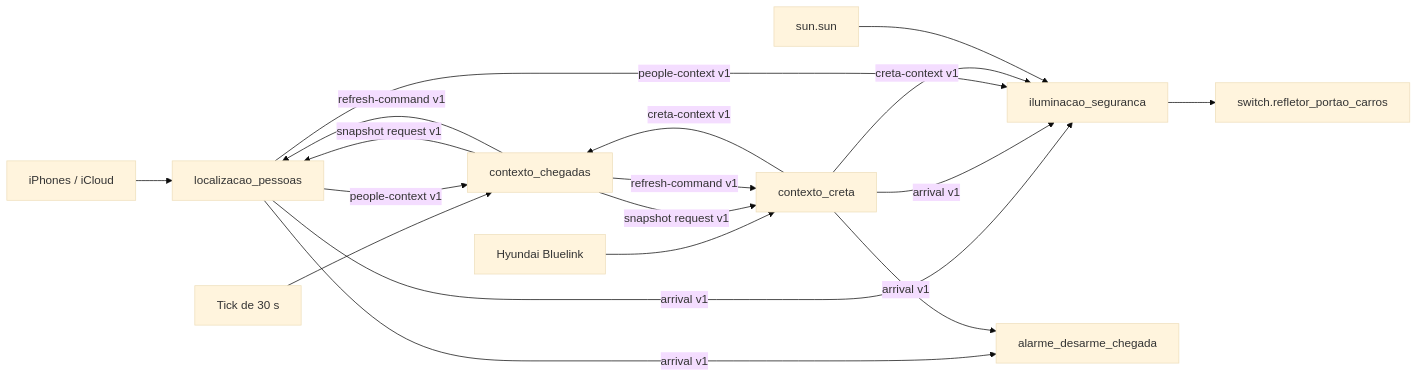
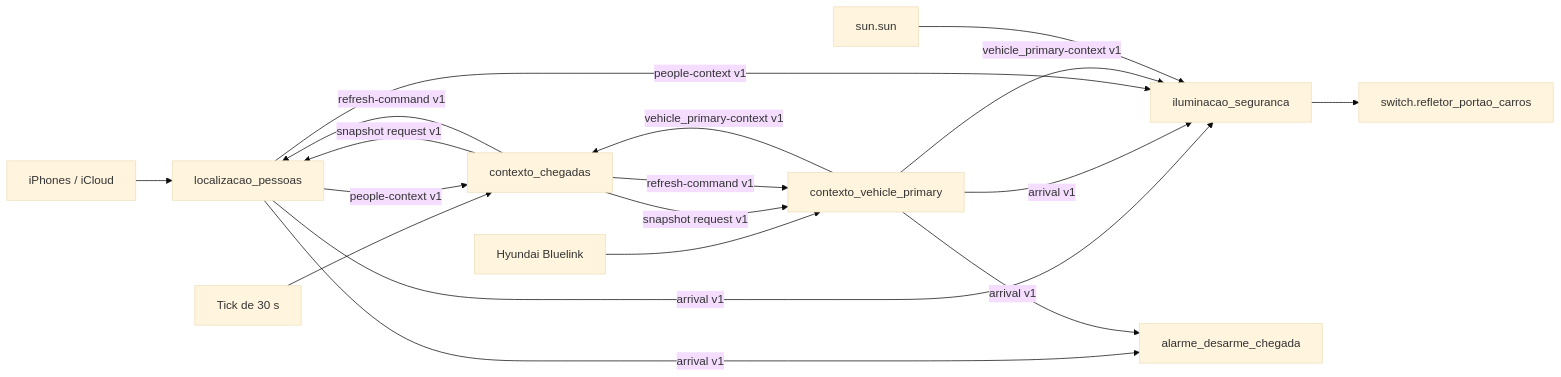
Before and after one commit to gabrafur/my_smart_home: the first of 2 diagrams in docs/ILUMINACAO_SEGURANCA_NODERED.md, drawn with Mermaid (base theme). The commit also changed other lines of this file and 87 other files, not shown here.

````diff
--- a/docs/ILUMINACAO_SEGURANCA_NODERED.md
+++ b/docs/ILUMINACAO_SEGURANCA_NODERED.md
@@ -18,23 +18,23 @@
 ```mermaid
 flowchart LR
     IP[iPhones / iCloud] --> P[localizacao_pessoas]
-    K[Hyundai Bluelink] --> C[contexto_creta]
+    K[Hyundai Bluelink] --> C[contexto_vehicle_primary]
     T[Tick de 30 s] --> O[contexto_chegadas]
 
     O -->|snapshot request v1| P
     O -->|snapshot request v1| C
     P -->|people-context v1| O
-    C -->|creta-context v1| O
+    C -->|vehicle_primary-context v1| O
     O -->|refresh-command v1| P
     O -->|refresh-command v1| C
 
     P -->|arrival v1| L[iluminacao_seguranca]
     C -->|arrival v1| L
     P -->|people-context v1| L
-    C -->|creta-context v1| L
+    C -->|vehicle_primary-context v1| L
     S[sun.sun] --> L
     L --> R[switch.refletor_portao_carros]
 
     P -->|arrival v1| A[alarme_desarme_chegada]
     C -->|arrival v1| A
 ```
````
